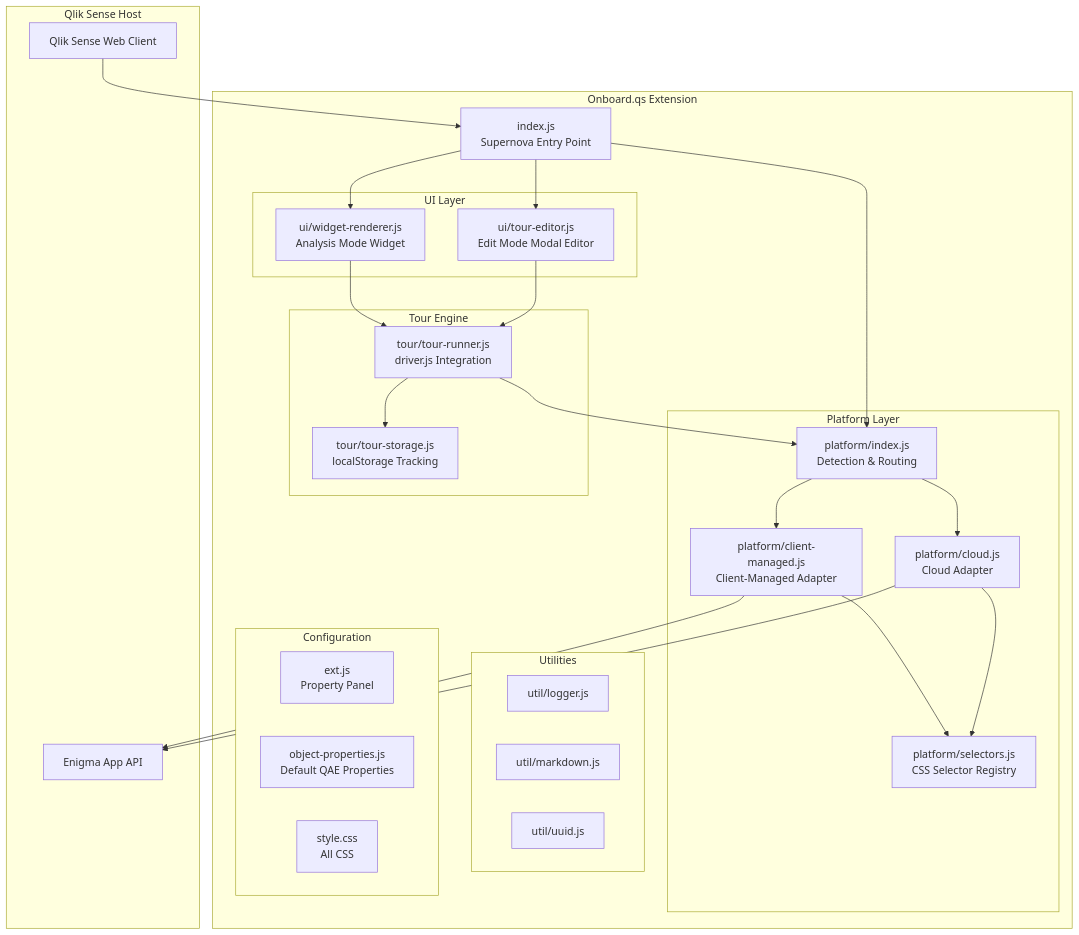
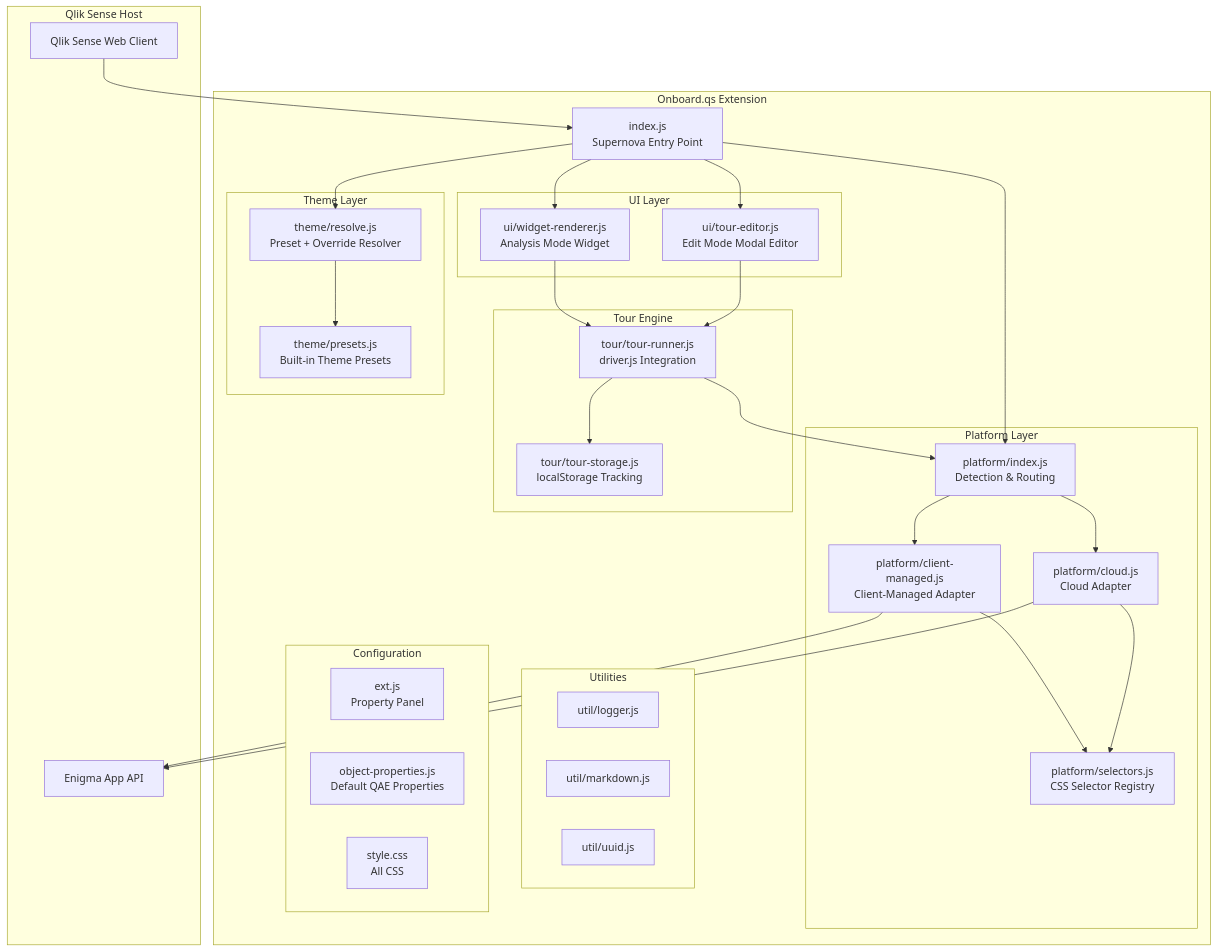
Before and after one commit to ptarmiganlabs/onboard.qs: the first of 4 diagrams in docs/ARCHITECTURE.md, drawn with Mermaid. The commit also changed other lines of this file and 3 other files, not shown here.

Commit message:
Enhance documentation for theme support, CSS selectors, and tour system architecture

````diff
--- a/docs/ARCHITECTURE.md
+++ b/docs/ARCHITECTURE.md
@@ -11,55 +11,62 @@
 ```mermaid
 graph TD
     subgraph "Qlik Sense Host"
         QS[Qlik Sense Web Client]
         EA[Enigma App API]
     end
 
     subgraph "Onboard.qs Extension"
         EP[index.js<br/>Supernova Entry Point]
 
         subgraph "Platform Layer"
             PI[platform/index.js<br/>Detection & Routing]
             CM[platform/client-managed.js<br/>Client-Managed Adapter]
             CL[platform/cloud.js<br/>Cloud Adapter]
             SE[platform/selectors.js<br/>CSS Selector Registry]
         end
 
         subgraph "Tour Engine"
             TR[tour/tour-runner.js<br/>driver.js Integration]
             TS[tour/tour-storage.js<br/>localStorage Tracking]
         end
 
         subgraph "UI Layer"
             WR[ui/widget-renderer.js<br/>Analysis Mode Widget]
             TE[ui/tour-editor.js<br/>Edit Mode Modal Editor]
         end
 
+        subgraph "Theme Layer"
+            TH[theme/resolve.js<br/>Preset + Override Resolver]
+            TP[theme/presets.js<br/>Built-in Theme Presets]
+        end
+
         subgraph "Utilities"
             LG[util/logger.js]
             MD[util/markdown.js]
             UU[util/uuid.js]
         end
 
         subgraph "Configuration"
             EX[ext.js<br/>Property Panel]
             OP[object-properties.js<br/>Default QAE Properties]
             ST[style.css<br/>All CSS]
         end
     end
 
     QS --> EP
     EP --> PI
     PI --> CM
     PI --> CL
     CM --> SE
     CL --> SE
     CM --> EA
     CL --> EA
     EP --> WR
     EP --> TE
+    EP --> TH
+    TH --> TP
     WR --> TR
     TR --> TS
     TE --> TR
     TR --> PI
 ```
````
